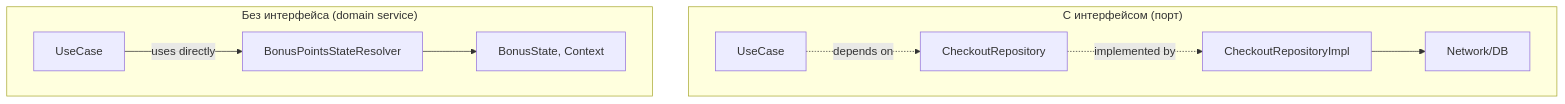
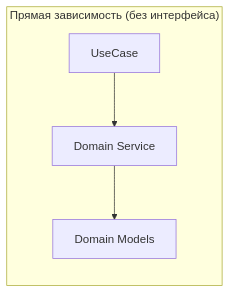
One commit to z0rgoyok/clean-architecture-domain-service changed the fourth of 6 diagrams in README.md. Above: the diagram before and after it, drawn with Mermaid. The commit also changed other lines of this file, not shown here.

Commit message:
Refactor: remove duplicates, improve reasoning flow

````diff
--- a/README.md
+++ b/README.md
@@ -158,15 +131,7 @@
 ```mermaid
-graph TB
-    subgraph "С интерфейсом (порт)"
-        UC1[UseCase]
-        UC1 -.->|depends on| Port[CheckoutRepository]
-        Port -.->|implemented by| Impl[CheckoutRepositoryImpl]
-        Impl --> Network[Network/DB]
-    end
-
-    subgraph "Без интерфейса (domain service)"
-        UC2[UseCase]
-        UC2 -->|uses directly| DS[BonusPointsStateResolver]
-        DS --> Models[BonusState, Context]
+graph LR
+    subgraph DIRECT["Прямая зависимость (без интерфейса)"]
+        UC2[UseCase] --> DS2[Domain Service]
+        DS2 --> M[Domain Models]
     end
 ```
````
